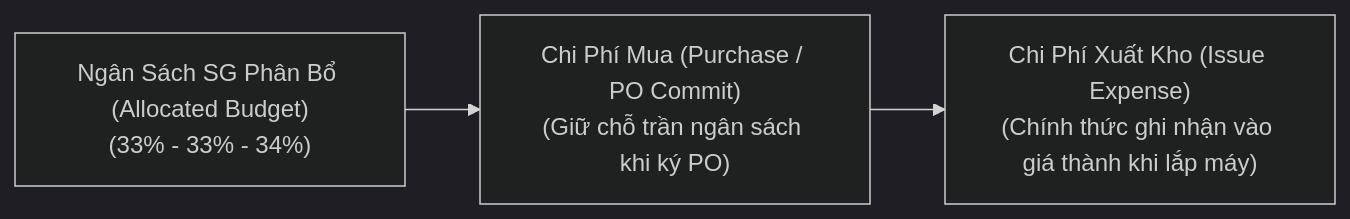
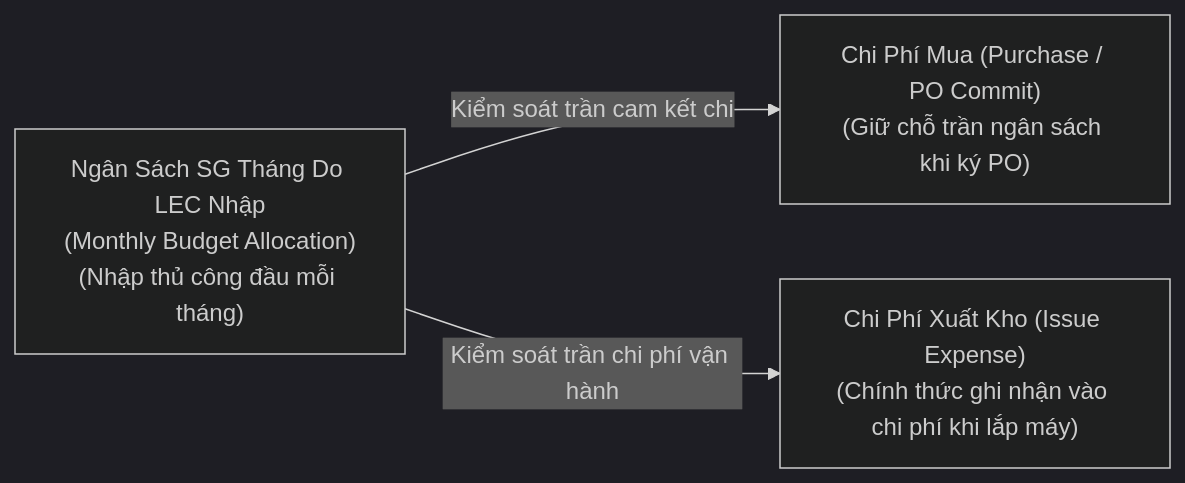
Before and after one commit to longphamduc-vn/ops-workflow: the diagram in procurement-system/04-budget-cost-and-over-management/01-sg-budget-and-cost-accounting.md, drawn with Mermaid (dark theme). The commit also changed other lines of this file and 27 other files, not shown here.

````diff
--- a/procurement-system/04-budget-cost-and-over-management/01-sg-budget-and-cost-accounting.md
+++ b/procurement-system/04-budget-cost-and-over-management/01-sg-budget-and-cost-accounting.md
@@ -7,9 +10,9 @@
 ```mermaid
 flowchart LR
-    A["Ngân Sách SG Phân Bổ (Allocated Budget)\n(33% - 33% - 34%)"]
+    A["Ngân Sách SG Tháng Do LEC Nhập\n(Monthly Budget Allocation)\n(Nhập thủ công đầu mỗi tháng)"]
     B["Chi Phí Mua (Purchase / PO Commit)\n(Giữ chỗ trần ngân sách khi ký PO)"]
-    C["Chi Phí Xuất Kho (Issue Expense)\n(Chính thức ghi nhận vào giá thành khi lắp máy)"]
+    C["Chi Phí Xuất Kho (Issue Expense)\n(Chính thức ghi nhận vào chi phí khi lắp máy)"]
 
-    A --> B
-    B --> C
+    A -->|Kiểm soát trần cam kết chi| B
+    A -->|Kiểm soát trần chi phí vận hành| C
 ```
````
